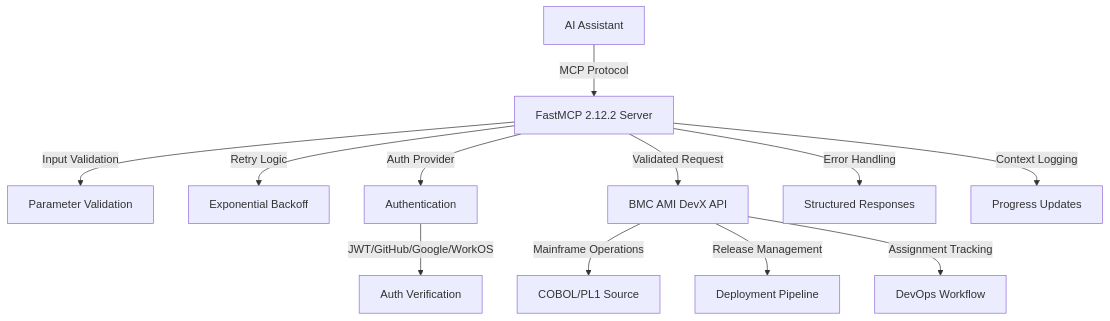
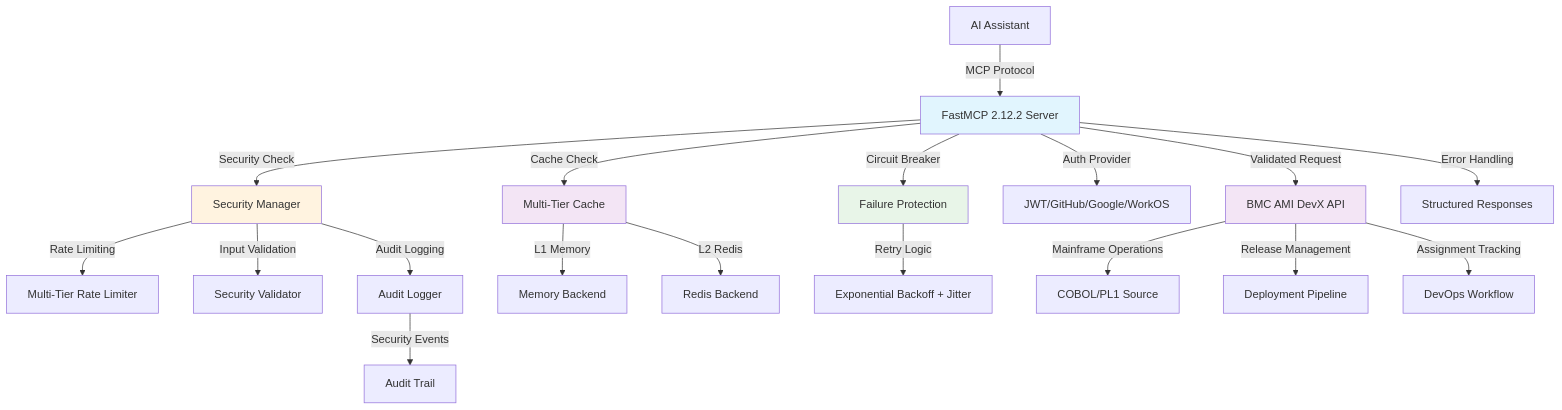
The first of 4 diagrams in README.md (markbsigler/CodePipeline-FastMCP), drawn with Mermaid before and after one commit. The commit also changed other lines of this file and 1 other file, not shown here.

````diff
--- a/README.md
+++ b/README.md
@@ -45,14 +60,31 @@
 ```mermaid
 flowchart TD
     A[AI Assistant] -->|MCP Protocol| B[FastMCP 2.12.2 Server]
-    B -->|Input Validation| V[Parameter Validation]
-    B -->|Retry Logic| R[Exponential Backoff]
-    B -->|Auth Provider| C[Authentication]
-    C -->|JWT/GitHub/Google/WorkOS| D[Auth Verification]
+    B -->|Security Check| S[Security Manager]
+    S -->|Rate Limiting| RL[Multi-Tier Rate Limiter]
+    S -->|Input Validation| V[Security Validator]
+    S -->|Audit Logging| AL[Audit Logger]
+    
+    B -->|Cache Check| C[Multi-Tier Cache]
+    C -->|L1 Memory| C1[Memory Backend]
+    C -->|L2 Redis| C2[Redis Backend]
+    
+    B -->|Circuit Breaker| CB[Failure Protection]
+    CB -->|Retry Logic| R[Exponential Backoff + Jitter]
+    
+    B -->|Auth Provider| AUTH[JWT/GitHub/Google/WorkOS]
     B -->|Validated Request| E[BMC AMI DevX API]
+    
     E -->|Mainframe Operations| F[COBOL/PL1 Source]
     E -->|Release Management| G[Deployment Pipeline]
     E -->|Assignment Tracking| H[DevOps Workflow]
+    
     B -->|Error Handling| I[Structured Responses]
-    B -->|Context Logging| J[Progress Updates]
+    AL -->|Security Events| LOG[Audit Trail]
+    
+    style B fill:#e1f5fe
+    style S fill:#fff3e0
+    style C fill:#f3e5f5
+    style CB fill:#e8f5e8
+    style E fill:#f3e5f5
 ```
````
